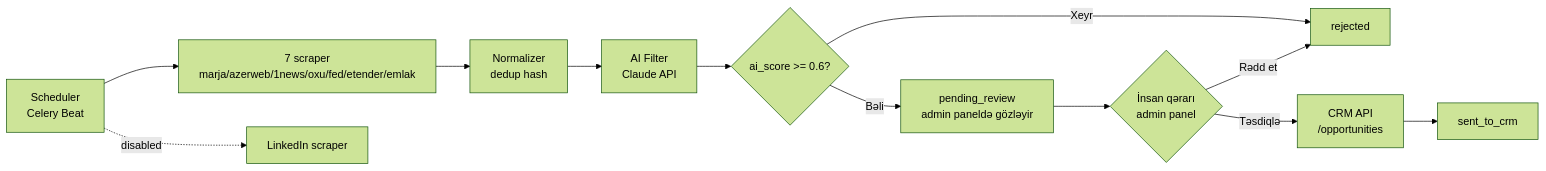
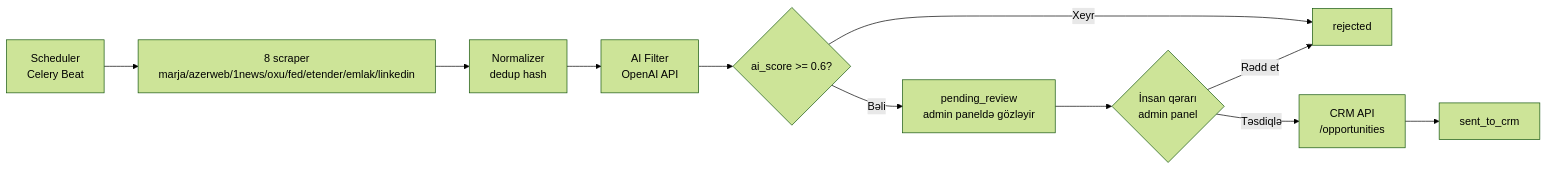
One commit to chaitech-info/neo changed the first of 2 diagrams in neo/02-architecture.md. Above: the diagram before and after it, drawn with Mermaid (forest theme). The commit also changed other lines of this file and 14 other files, not shown here.

First line of the commit message:
Add LinkedIn lead source via Apify and switch AI scoring to OpenAI

````diff
--- a/neo/02-architecture.md
+++ b/neo/02-architecture.md
@@ -5,14 +5,13 @@
 ```mermaid
 flowchart LR
-  A[Scheduler<br/>Celery Beat] --> B1[7 scraper<br/>marja/azerweb/1news/oxu/fed/etender/emlak]
-  A -.disabled.-> B0[LinkedIn scraper]
+  A[Scheduler<br/>Celery Beat] --> B1[8 scraper<br/>marja/azerweb/1news/oxu/fed/etender/emlak/linkedin]
   B1 --> C[Normalizer<br/>dedup hash]
-  C --> D[AI Filter<br/>Claude API]
+  C --> D[AI Filter<br/>OpenAI API]
   D --> E{ai_score >= 0.6?}
   E -->|Bəli| F[pending_review<br/>admin paneldə gözləyir]
   E -->|Xeyr| G[rejected]
   F --> H{İnsan qərarı<br/>admin panel}
   H -->|Təsdiqlə| I[CRM API<br/>/opportunities]
   H -->|Rədd et| G
   I --> J[sent_to_crm]
 ```
````
